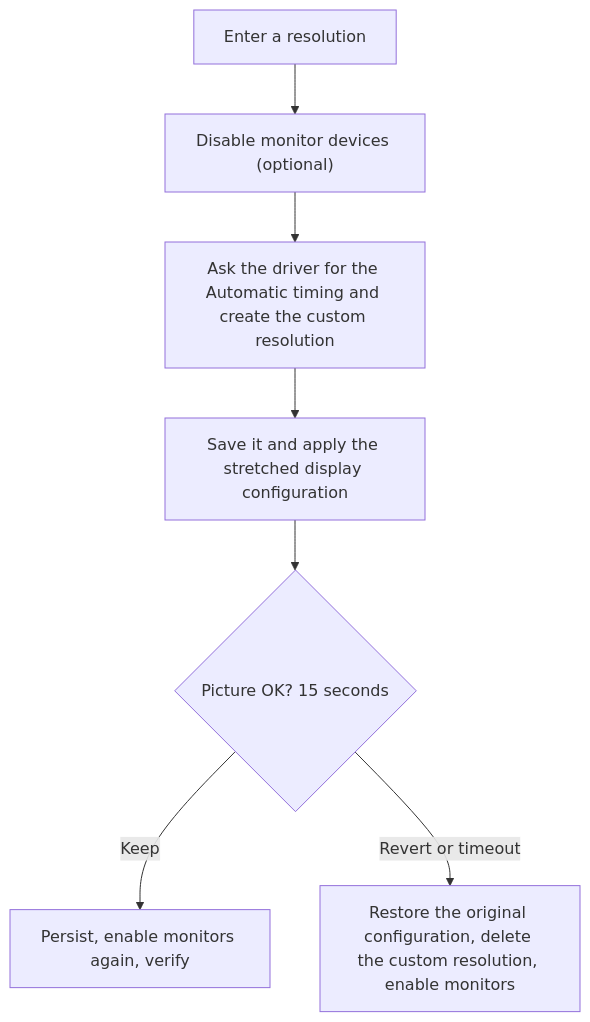
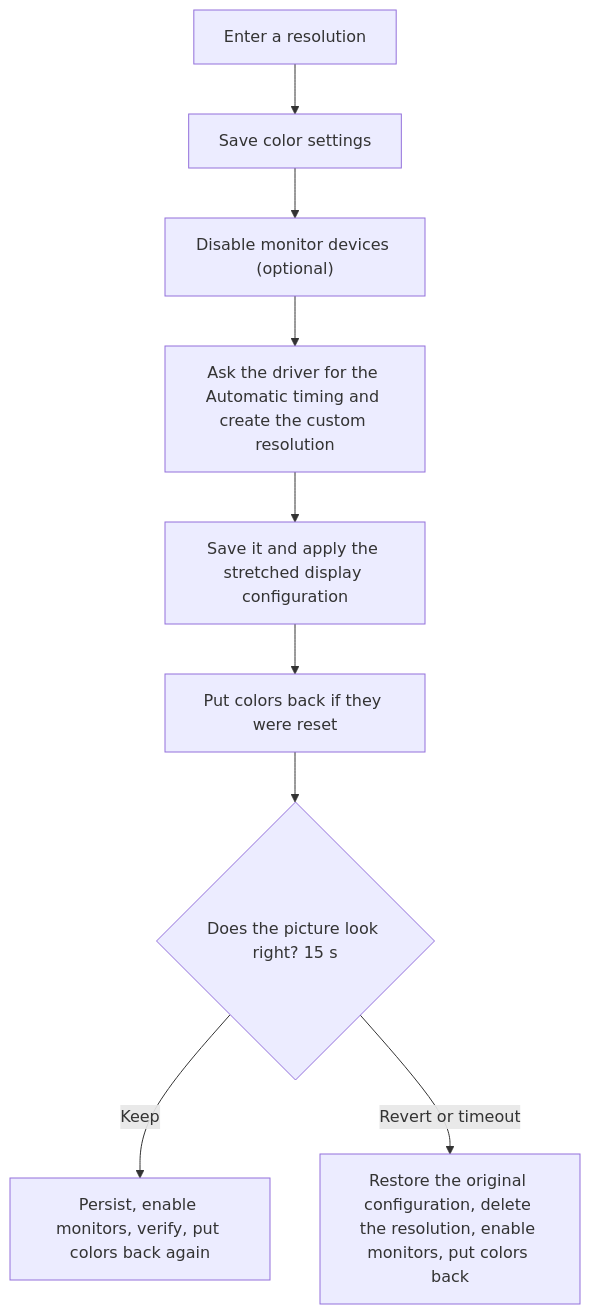
One commit to nikolenkode/Valorant_Truestretched-18-10-2026 changed the diagram in README.md. Above: the diagram before and after it, drawn with Mermaid. The commit also changed other lines of this file and 9 other files, not shown here.

````diff
--- a/README.md
+++ b/README.md
@@ -63,9 +68,11 @@
 ```mermaid
 flowchart TD
-    A["Enter a resolution"] --> B["Disable monitor devices (optional)"]
+    A["Enter a resolution"] --> S["Save color settings"]
+    S --> B["Disable monitor devices (optional)"]
     B --> C["Ask the driver for the Automatic timing and create the custom resolution"]
     C --> D["Save it and apply the stretched display configuration"]
-    D --> E{"Picture OK? 15 seconds"}
-    E -- "Keep" --> F["Persist, enable monitors again, verify"]
-    E -- "Revert or timeout" --> G["Restore the original configuration, delete the custom resolution, enable monitors"]
+    D --> K1["Put colors back if they were reset"]
+    K1 --> E{"Does the picture look right? 15 s"}
+    E -- "Keep" --> F["Persist, enable monitors, verify, put colors back again"]
+    E -- "Revert or timeout" --> G["Restore the original configuration, delete the resolution, enable monitors, put colors back"]
 ```
````
